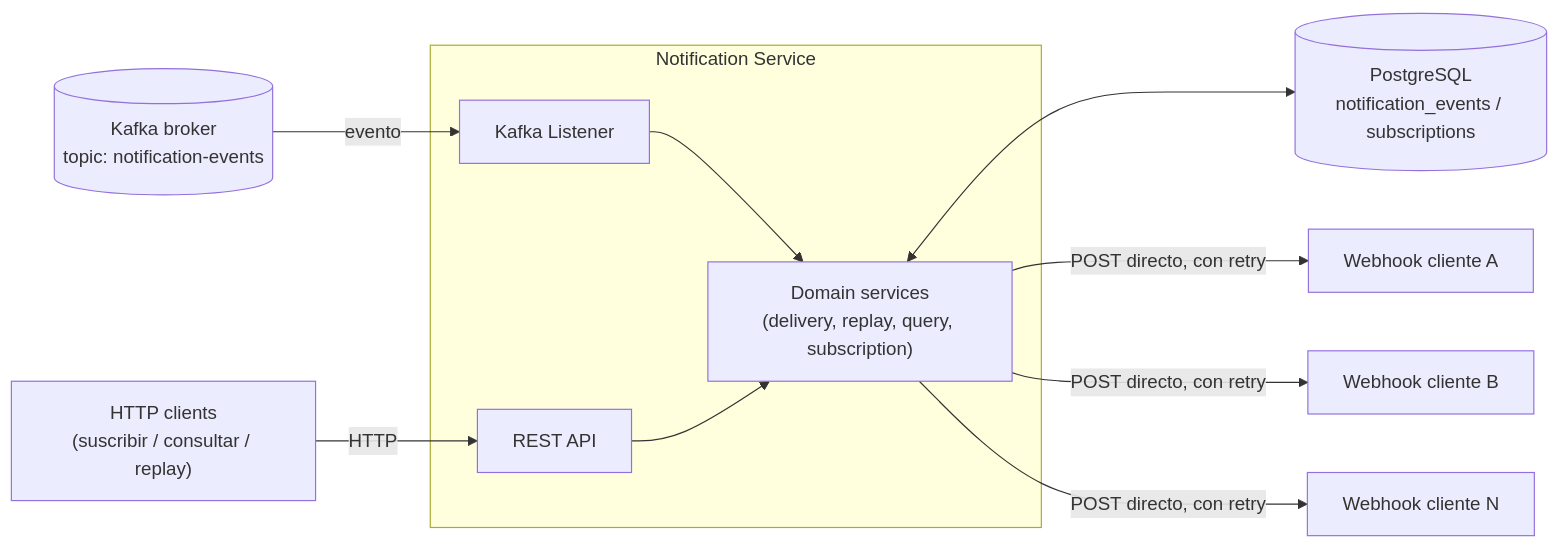
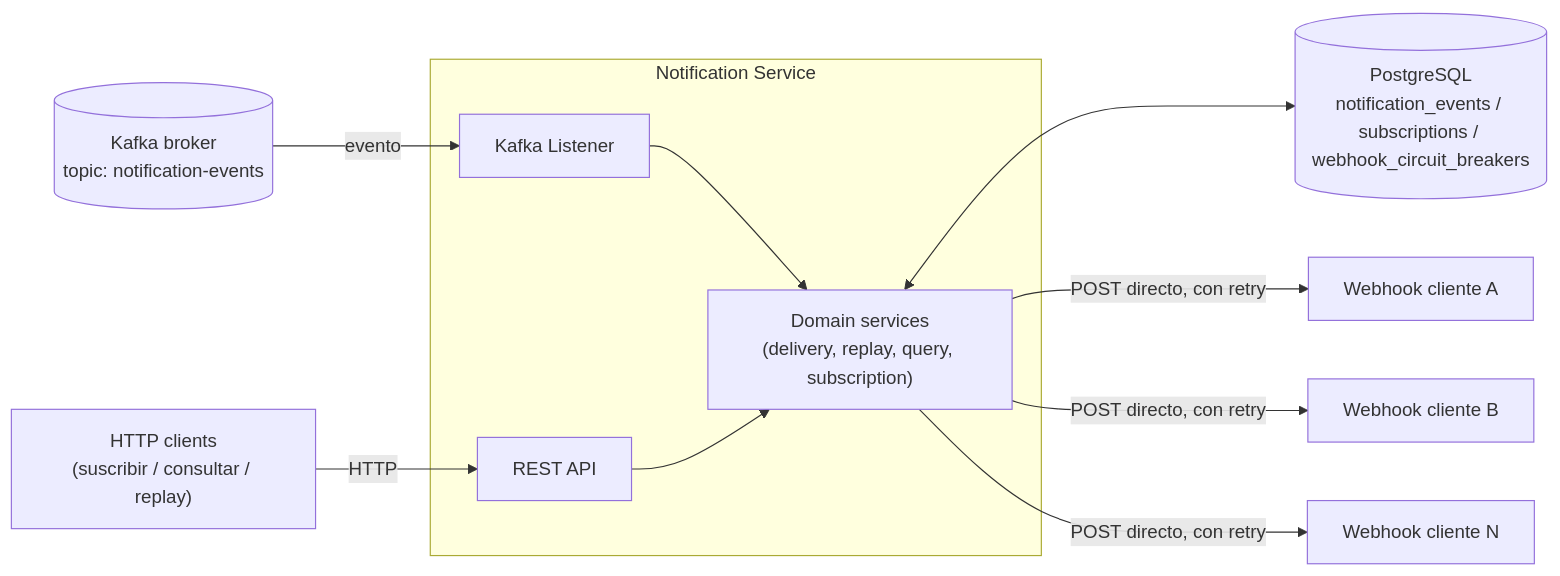
The first of 2 diagrams in README.md (mlpaz/cobre-challenge), drawn with Mermaid before and after one commit. The commit also changed other lines of this file and 20 other files, not shown here.

````diff
--- a/README.md
+++ b/README.md
@@ -18,25 +18,25 @@
 ```mermaid
 flowchart LR
     Kafka[("Kafka broker<br/>topic: notification-events")]
     HTTPClients["HTTP clients<br/>(suscribir / consultar / replay)"]
 
     subgraph svc["Notification Service"]
         Listener["Kafka Listener"]
         API["REST API"]
         Core["Domain services<br/>(delivery, replay, query, subscription)"]
     end
 
-    DB[("PostgreSQL<br/>notification_events / subscriptions")]
+    DB[("PostgreSQL<br/>notification_events / subscriptions / webhook_circuit_breakers")]
     WebhookA["Webhook cliente A"]
     WebhookB["Webhook cliente B"]
     WebhookN["Webhook cliente N"]
 
     Kafka -->|evento| Listener
     HTTPClients -->|HTTP| API
     Listener --> Core
     API --> Core
     Core <--> DB
     Core -->|POST directo, con retry| WebhookA
     Core -->|POST directo, con retry| WebhookB
     Core -->|POST directo, con retry| WebhookN
 ```
````
